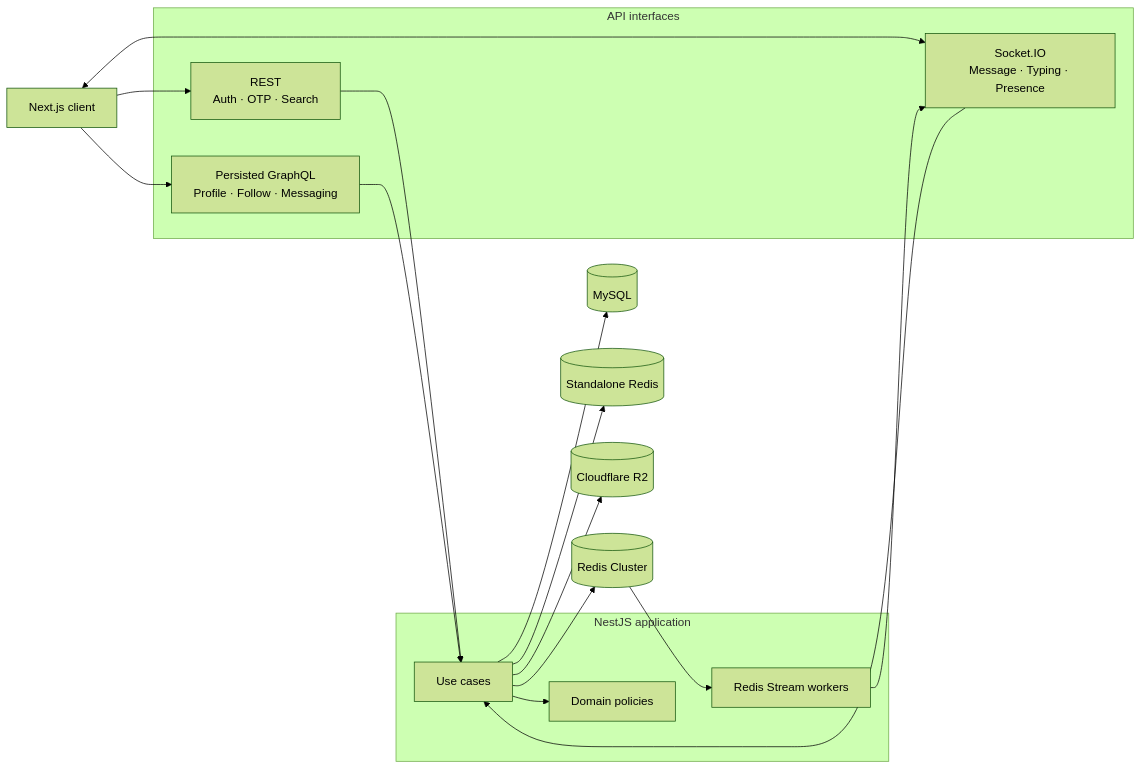
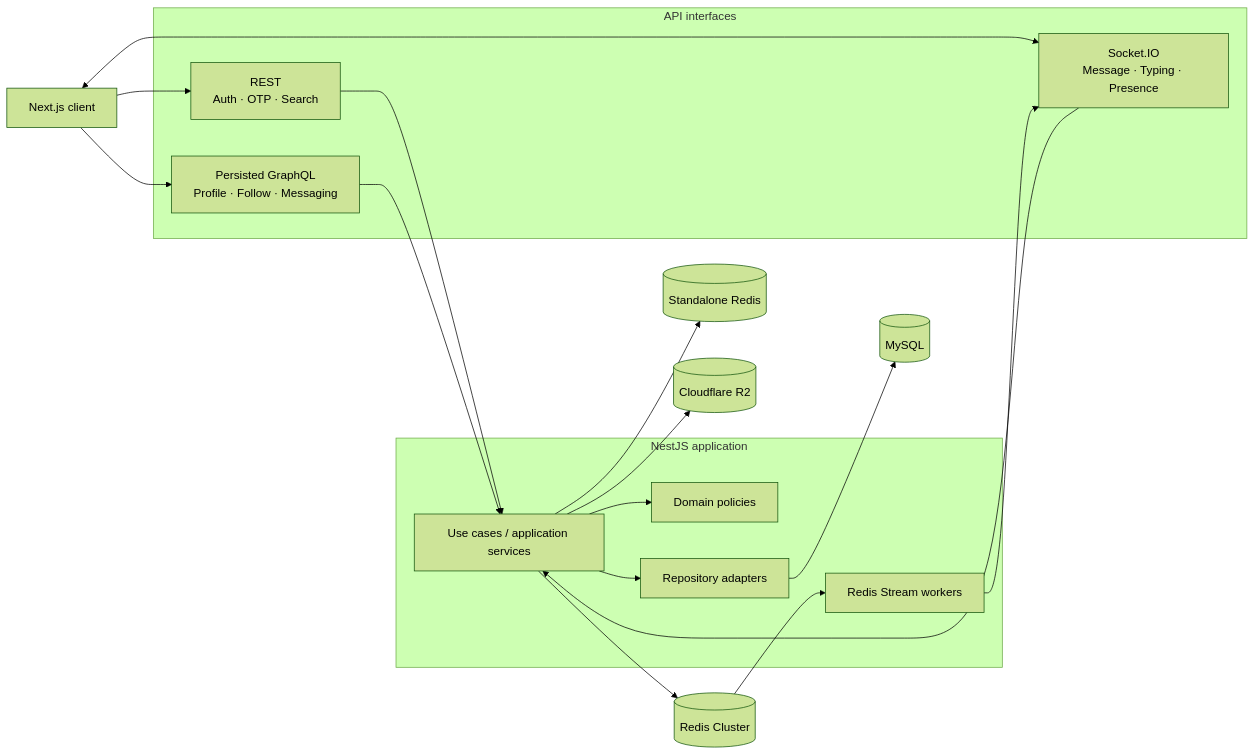
The first of 2 diagrams in README.md (hieumn04/social-platform-backend), drawn with Mermaid (forest theme) before and after one commit. The commit also changed other lines of this file and 1 other file, not shown here.

````diff
--- a/README.md
+++ b/README.md
@@ -20,28 +20,30 @@
 ```mermaid
 flowchart LR
     Client["Next.js client"]
 
     subgraph Interfaces[API interfaces]
         REST["REST<br/>Auth · OTP · Search"]
         GQL["Persisted GraphQL<br/>Profile · Follow · Messaging"]
         WS["Socket.IO<br/>Message · Typing · Presence"]
     end
 
     subgraph Core[NestJS application]
-        UC["Use cases"]
+        UC["Use cases / application services"]
         Domain["Domain policies"]
+        Repo["Repository adapters"]
         Worker["Redis Stream workers"]
     end
 
     Client --> REST --> UC
     Client --> GQL --> UC
     Client <--> WS
     WS --> UC
     UC --> Domain
+    UC --> Repo
 
-    UC --> MySQL[(MySQL)]
+    Repo --> MySQL[(MySQL)]
     UC --> Redis[(Standalone Redis)]
     UC --> Cluster[(Redis Cluster)]
     UC --> R2[(Cloudflare R2)]
     Cluster --> Worker --> WS
 ```
````
